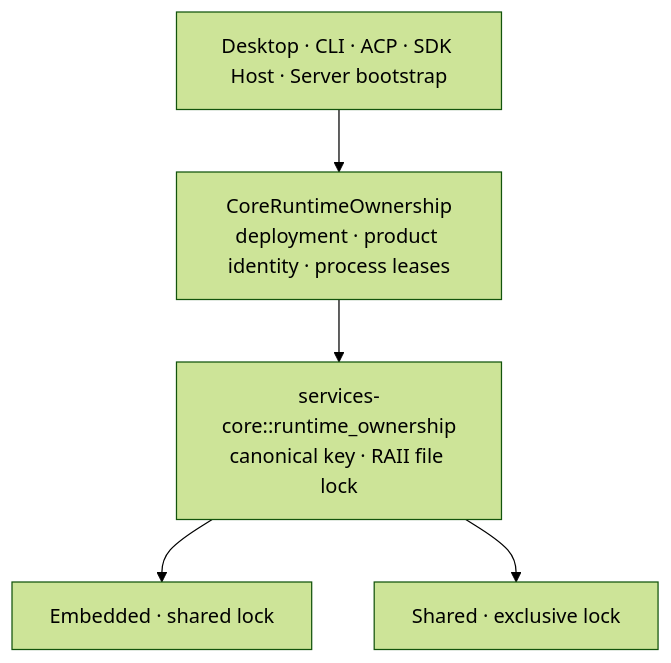
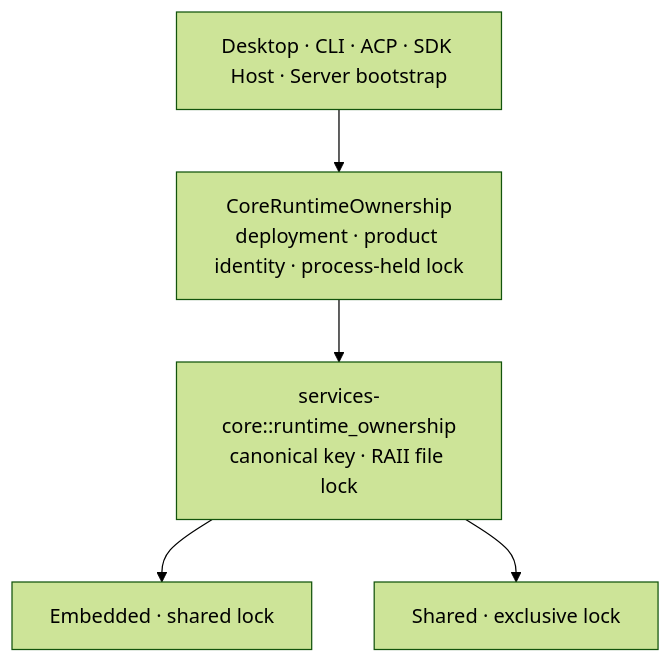
The fourth of 8 diagrams in docs/architecture/agent-runtime-deployment-design.md (1688mengdie/BitFun), drawn with Mermaid (forest theme) before and after one commit. The commit also changed other lines of this file and 21 other files, not shown here.

````diff
--- a/docs/architecture/agent-runtime-deployment-design.md
+++ b/docs/architecture/agent-runtime-deployment-design.md
@@ -106,8 +107,8 @@
 ```mermaid
 flowchart TB
   Entrypoints["Desktop · CLI · ACP · SDK Host · Server bootstrap"]
-  Entrypoints --> Core["CoreRuntimeOwnership<br/>deployment · product identity · process leases"]
+  Entrypoints --> Core["CoreRuntimeOwnership<br/>deployment · product identity · process-held lock"]
   Core --> Primitive["services-core::runtime_ownership<br/>canonical key · RAII file lock"]
   Primitive --> E["Embedded · shared lock"]
   Primitive --> S["Shared · exclusive lock"]
 ```
````
